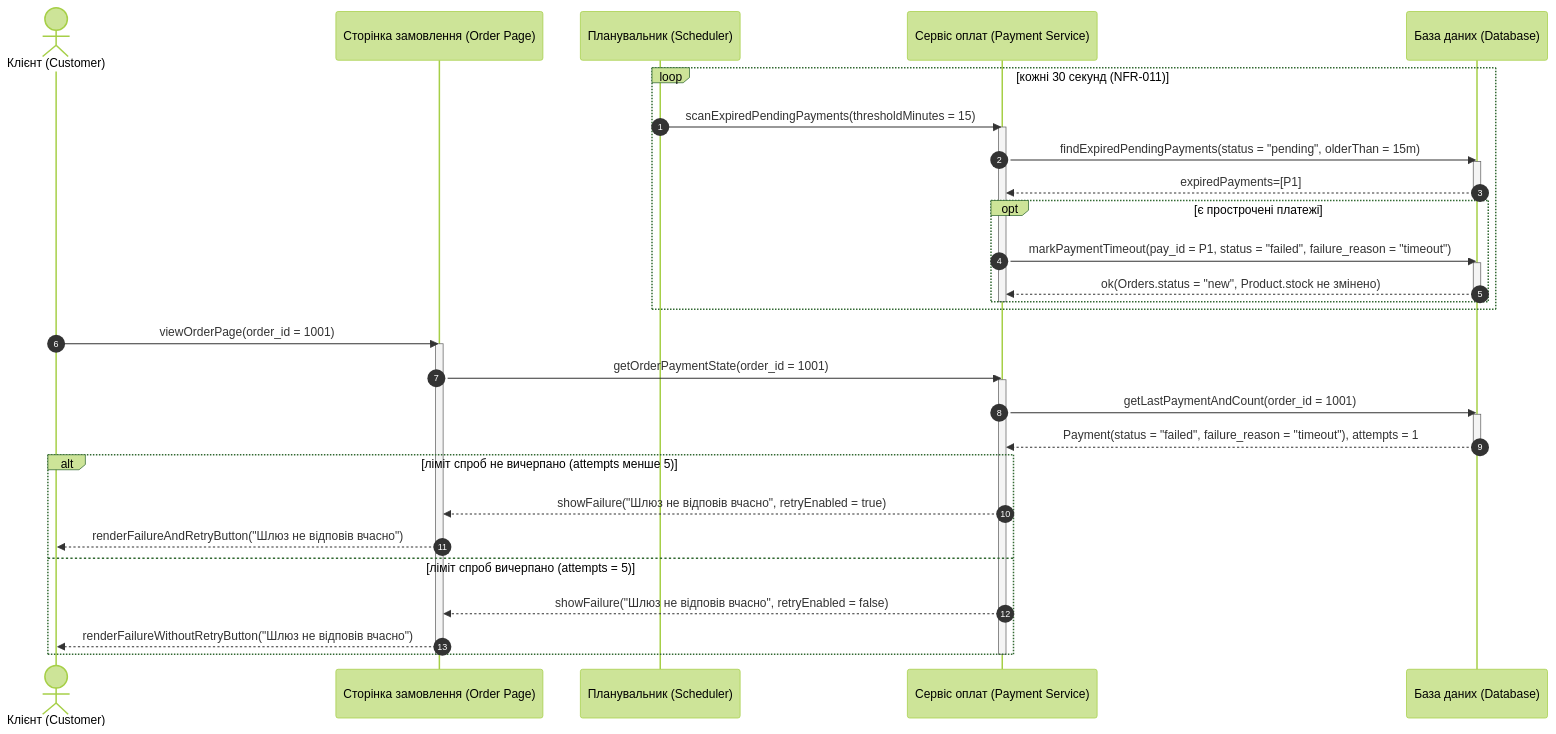
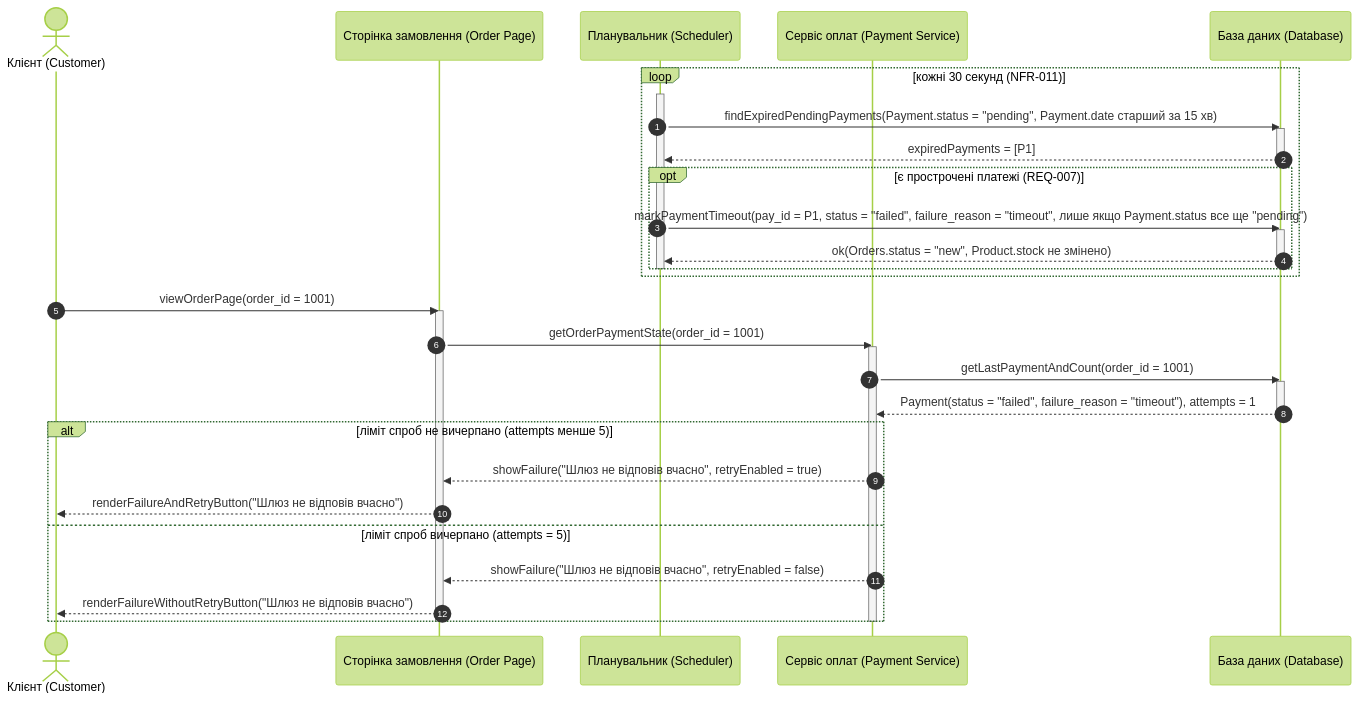
One commit to hutnichs/KPI_MAVPZ changed the sixth of 15 diagrams in Lab3/diagram.md. Above: the diagram before and after it, drawn with Mermaid (forest theme). The commit also changed other lines of this file and 1 other file, not shown here.

Commit message:
Updated payment callback, error messages and prompt added

````diff
--- a/Lab3/diagram.md
+++ b/Lab3/diagram.md
@@ -243,43 +280,42 @@
 ```mermaid
 sequenceDiagram
     autonumber
     actor Customer as Клієнт (Customer)
     participant Page as Сторінка замовлення (Order Page)
     participant Sched as Планувальник (Scheduler)
     participant PS as Сервіс оплат (Payment Service)
     participant DB as База даних (Database)
 
     loop кожні 30 секунд (NFR-011)
-        Sched->>PS: scanExpiredPendingPayments(thresholdMinutes = 15)
-        activate PS
-        PS->>DB: findExpiredPendingPayments(status = "pending", olderThan = 15m)
+        activate Sched
+        Sched->>DB: findExpiredPendingPayments(Payment.status = "pending", Payment.date старший за 15 хв)
         activate DB
-        DB-->>PS: expiredPayments=[P1]
+        DB-->>Sched: expiredPayments = [P1]
         deactivate DB
-        opt є прострочені платежі
-            PS->>DB: markPaymentTimeout(pay_id = P1, status = "failed", failure_reason = "timeout")
+        opt є прострочені платежі (REQ-007)
+            Sched->>DB: markPaymentTimeout(pay_id = P1, status = "failed", failure_reason = "timeout", лише якщо Payment.status все ще "pending")
             activate DB
-            DB-->>PS: ok(Orders.status = "new", Product.stock не змінено)
+            DB-->>Sched: ok(Orders.status = "new", Product.stock не змінено)
             deactivate DB
         end
-        deactivate PS
+        deactivate Sched
     end
 
     Customer->>Page: viewOrderPage(order_id = 1001)
     activate Page
     Page->>PS: getOrderPaymentState(order_id = 1001)
     activate PS
     PS->>DB: getLastPaymentAndCount(order_id = 1001)
     activate DB
     DB-->>PS: Payment(status = "failed", failure_reason = "timeout"), attempts = 1
     deactivate DB
     alt ліміт спроб не вичерпано (attempts менше 5)
         PS-->>Page: showFailure("Шлюз не відповів вчасно", retryEnabled = true)
         Page-->>Customer: renderFailureAndRetryButton("Шлюз не відповів вчасно")
     else ліміт спроб вичерпано (attempts = 5)
         PS-->>Page: showFailure("Шлюз не відповів вчасно", retryEnabled = false)
         Page-->>Customer: renderFailureWithoutRetryButton("Шлюз не відповів вчасно")
     end
     deactivate PS
     deactivate Page
 ```
````
